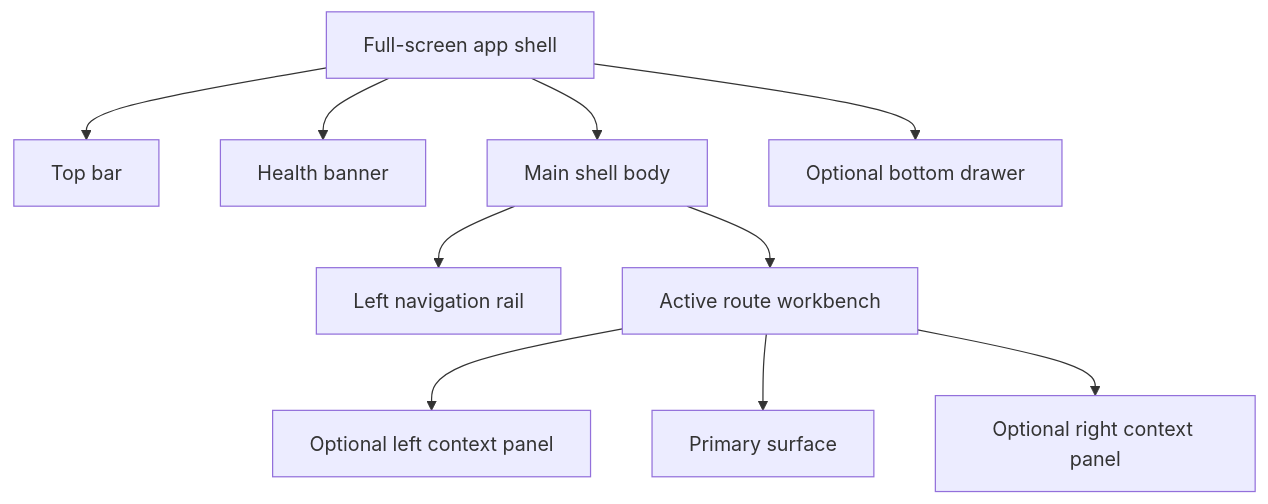
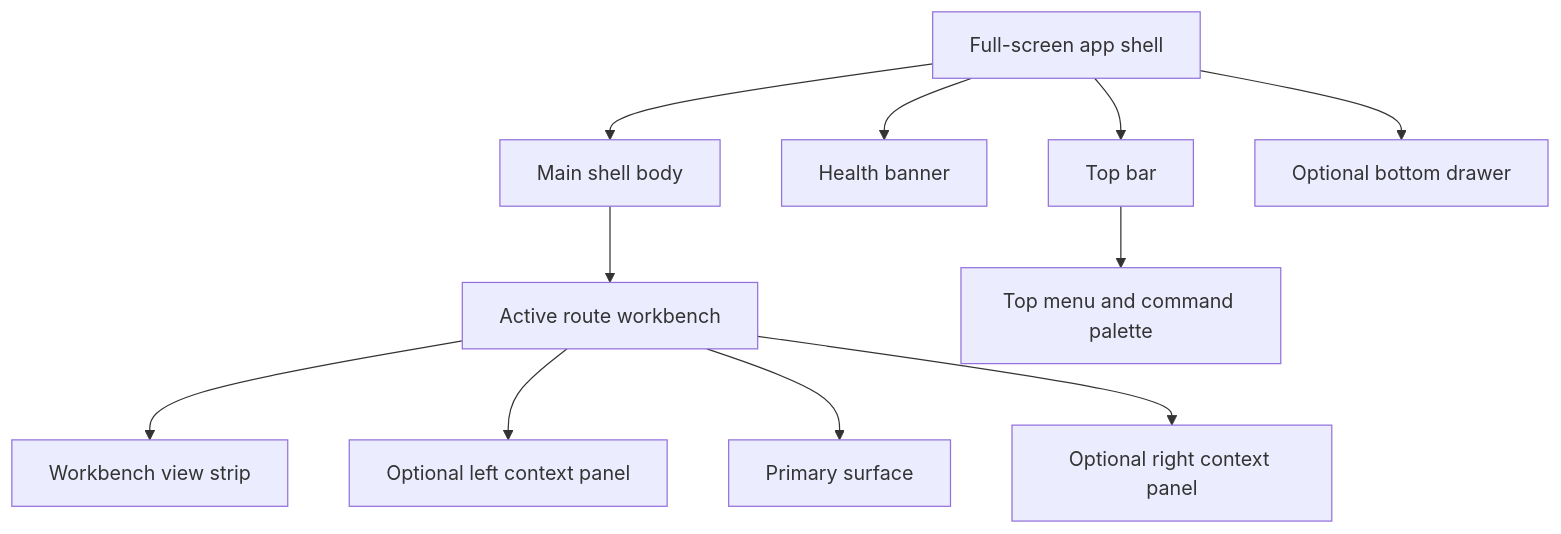
The first of 5 diagrams in docs/planning/proposals/nice-to-have/frontend-and-ux/dvt-ui-workbench-architecture-proposal-20260404.md (dunay2/dvt), drawn with Mermaid before and after one commit. The commit also changed other lines of this file and 15 other files, not shown here.

Commit message:
docs(docs): Align Canvas workbench UX route

````diff
--- a/docs/planning/proposals/nice-to-have/frontend-and-ux/dvt-ui-workbench-architecture-proposal-20260404.md
+++ b/docs/planning/proposals/nice-to-have/frontend-and-ux/dvt-ui-workbench-architecture-proposal-20260404.md
@@ -68,12 +70,13 @@
 ```mermaid
 flowchart TB
   App["Full-screen app shell"] --> Top["Top bar"]
   App --> Health["Health banner"]
   App --> Body["Main shell body"]
-  Body --> Nav["Left navigation rail"]
   Body --> Route["Active route workbench"]
+  Top --> Menu["Top menu and command palette"]
+  Route --> Strip["Workbench view strip"]
   Route --> Left["Optional left context panel"]
   Route --> Center["Primary surface"]
   Route --> Right["Optional right context panel"]
   App --> Bottom["Optional bottom drawer"]
 ```
````
